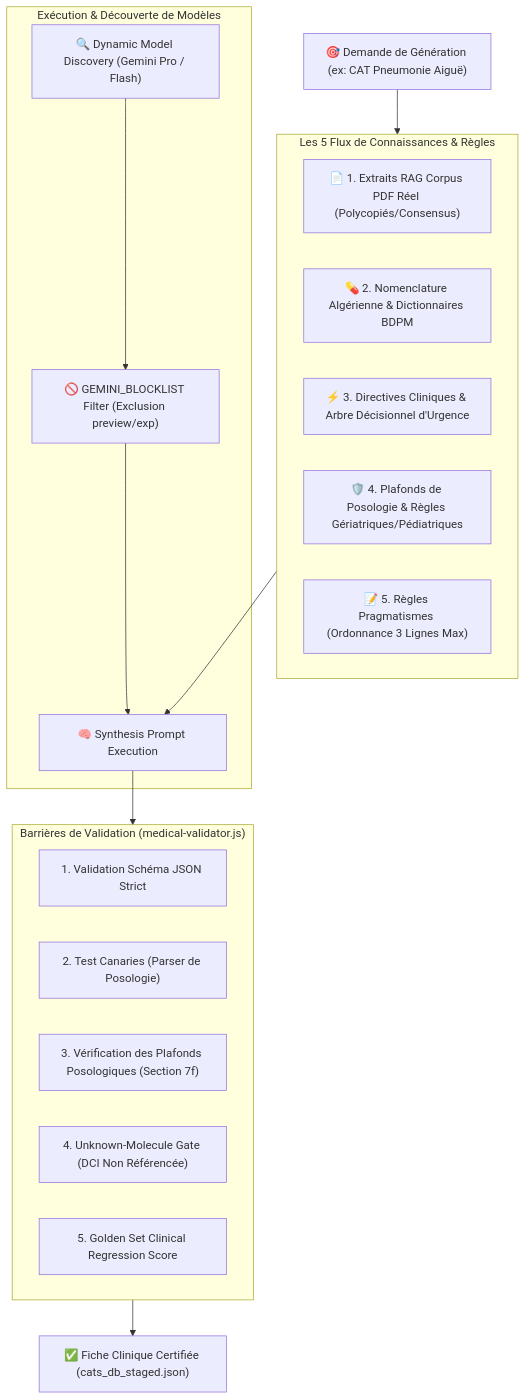
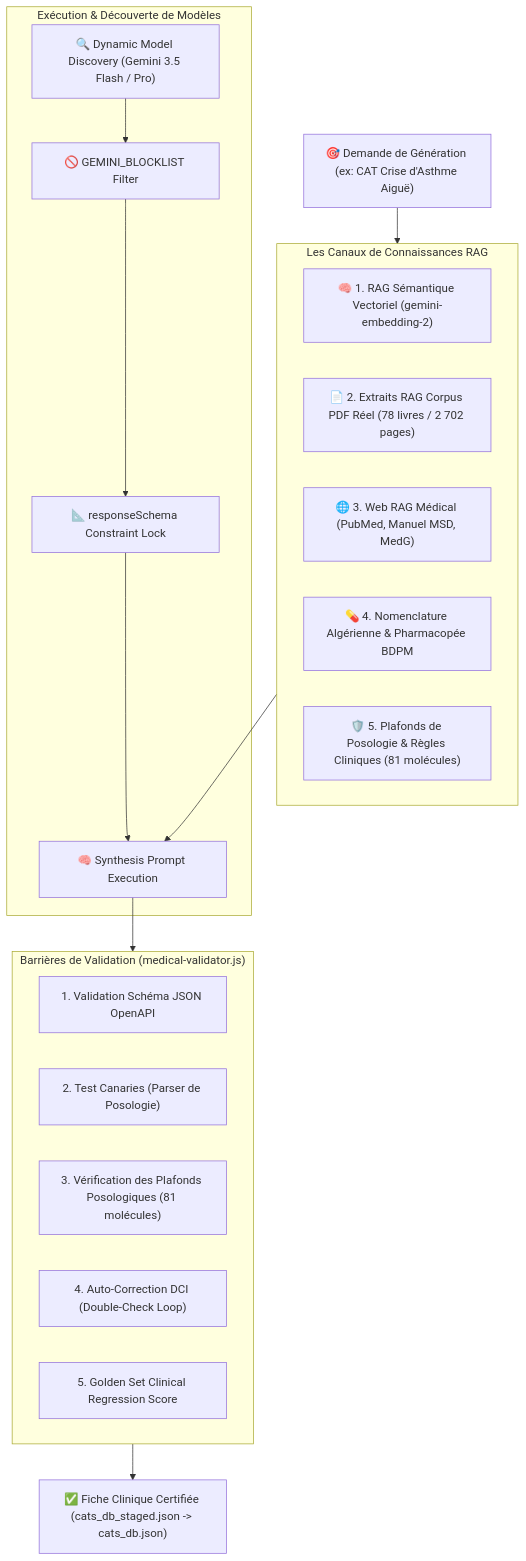
The diagram in docs/01-architecture/llm-generation-engine.md (iillaa/med), drawn with Mermaid before and after one commit. The commit also changed other lines of this file and 3 other files, not shown here.

First line of the commit message:
docs: comprehensive architectural documentation update for v1.18.0

````diff
--- a/docs/01-architecture/llm-generation-engine.md
+++ b/docs/01-architecture/llm-generation-engine.md
@@ -18,32 +20,33 @@
 ```mermaid
 flowchart TD
-    Request["🎯 Demande de Génération (ex: CAT Pneumonie Aiguë)"]
+    Request["🎯 Demande de Génération (ex: CAT Crise d'Asthme Aiguë)"]
     
-    subgraph StreamEngine["Les 5 Flux de Connaissances & Règles"]
-        Stream1["📄 1. Extraits RAG Corpus PDF Réel (Polycopiés/Consensus)"]
-        Stream2["💊 2. Nomenclature Algérienne & Dictionnaires BDPM"]
-        Stream3["⚡ 3. Directives Cliniques & Arbre Décisionnel d'Urgence"]
-        Stream4["🛡️ 4. Plafonds de Posologie & Règles Gériatriques/Pédiatriques"]
-        Stream5["📝 5. Règles Pragmatismes (Ordonnance 3 Lignes Max)"]
+    subgraph StreamEngine["Les Canaux de Connaissances RAG"]
+        Stream1["🧠 1. RAG Sémantique Vectoriel (gemini-embedding-2)"]
+        Stream2["📄 2. Extraits RAG Corpus PDF Réel (78 livres / 2 702 pages)"]
+        Stream3["🌐 3. Web RAG Médical (PubMed, Manuel MSD, MedG)"]
+        Stream4["💊 4. Nomenclature Algérienne & Pharmacopée BDPM"]
+        Stream5["🛡️ 5. Plafonds de Posologie & Règles Cliniques (81 molécules)"]
     end
 
     subgraph LLMExecution["Exécution & Découverte de Modèles"]
-        GeminiDiscovery["🔍 Dynamic Model Discovery (Gemini Pro / Flash)"]
-        BlocklistFilter["🚫 GEMINI_BLOCKLIST Filter (Exclusion preview/exp)"]
+        GeminiDiscovery["🔍 Dynamic Model Discovery (Gemini 3.5 Flash / Pro)"]
+        BlocklistFilter["🚫 GEMINI_BLOCKLIST Filter"]
+        SchemaConstraint["📐 responseSchema Constraint Lock"]
         GenerationPrompt["🧠 Synthesis Prompt Execution"]
-        GeminiDiscovery --> BlocklistFilter --> GenerationPrompt
+        GeminiDiscovery --> BlocklistFilter --> SchemaConstraint --> GenerationPrompt
     end
 
     subgraph ValidationGates["Barrières de Validation (medical-validator.js)"]
-        SchemaGate["1. Validation Schéma JSON Strict"]
+        SchemaGate["1. Validation Schéma JSON OpenAPI"]
         CanaryGate["2. Test Canaries (Parser de Posologie)"]
-        DoseGate["3. Vérification des Plafonds Posologiques (Section 7f)"]
-        MoleculeGate["4. Unknown-Molecule Gate (DCI Non Référencée)"]
+        DoseGate["3. Vérification des Plafonds Posologiques (81 molécules)"]
+        MoleculeGate["4. Auto-Correction DCI (Double-Check Loop)"]
         GoldenGate["5. Golden Set Clinical Regression Score"]
     end
 
-    Output["✅ Fiche Clinique Certifiée (cats_db_staged.json)"]
+    Output["✅ Fiche Clinique Certifiée (cats_db_staged.json -> cats_db.json)"]
 
     Request --> StreamEngine --> GenerationPrompt
     GenerationPrompt --> ValidationGates --> Output
 ```
````
